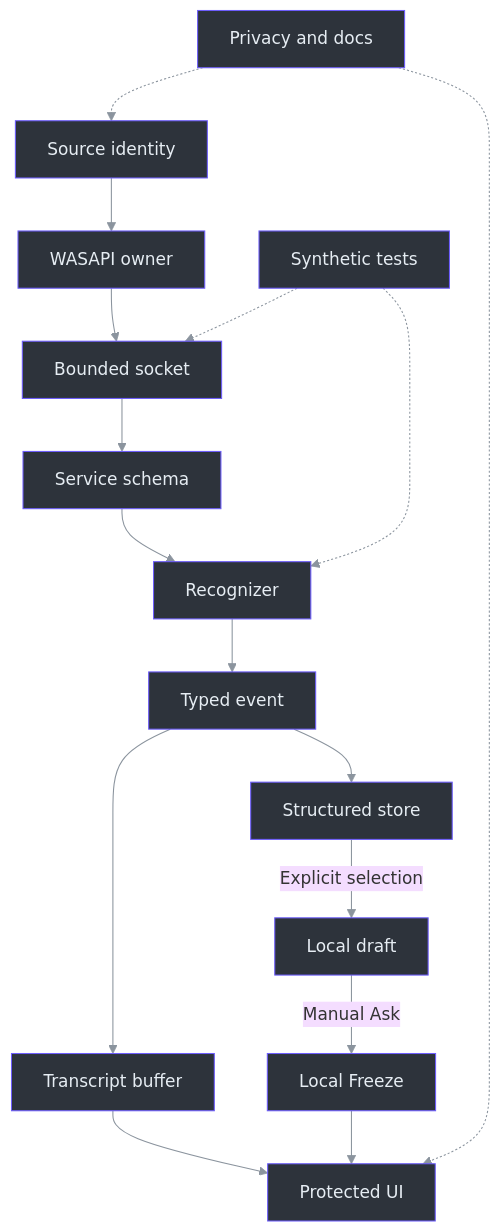
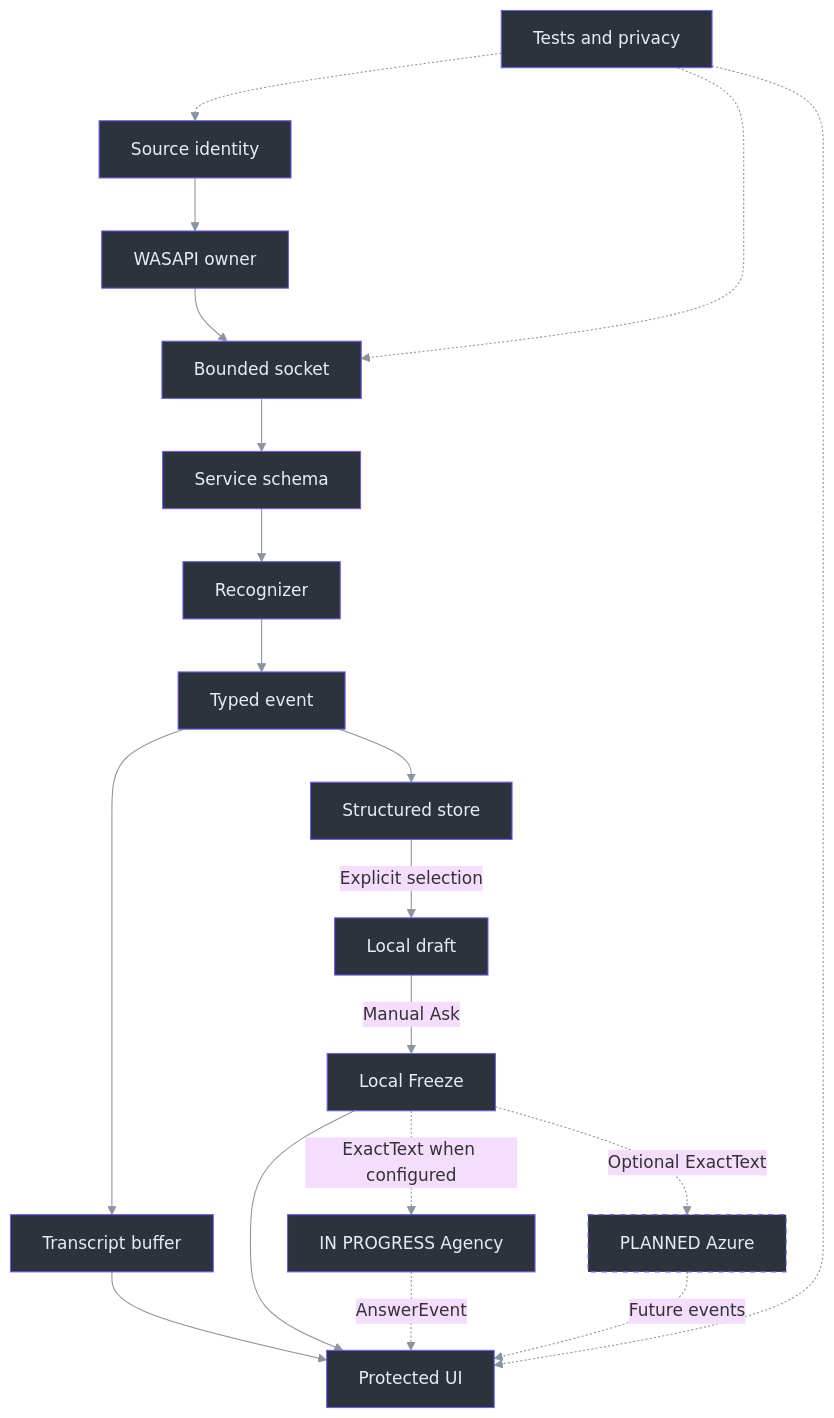
The first of 2 diagrams in docs/handbook/18-extending-the-system.md (Zanark/phantom-fudge), drawn with Mermaid before and after one commit. The commit also changed other lines of this file and 116 other files, not shown here.

Commit message:
making interaction with local LLM models possible via Agency

````diff
--- a/docs/handbook/18-extending-the-system.md
+++ b/docs/handbook/18-extending-the-system.md
@@ -21,41 +25,45 @@
 ```mermaid
 ---
 config:
   theme: base
   themeVariables:
     lineColor: "#8b949e"
     textColor: "#e6edf3"
 ---
 flowchart TB
-    accTitle: Existing extension surfaces along the audio path
-    accDescr: Typed events feed both display text and structured local questions. Explicit selection and Ask lead to a local snapshot, while tests and privacy review span every extension surface.
+    accTitle: Existing audio seams, IN PROGRESS Agency-first provider and PLANNED Azure
+    accDescr: Typed events feed display and structured questions. ExactText alone enters the requested Agency-first adapter, still under validation, or optional future Azure. SnapshotOnly currently sends nothing; local installation does not prove offline inference.
     Source["Source identity"] --> Capture["WASAPI owner"]
     Capture --> Socket["Bounded socket"]
     Socket --> Service["Service schema"]
     Service --> Decoder["Recognizer"]
     Decoder --> Event["Typed event"]
     Event --> Buffer["Transcript buffer"]
     Buffer --> UI["Protected UI"]
     Event --> Store["Structured store"]
     Store -->|Explicit selection| Draft["Local draft"]
     Draft -->|Manual Ask| Frozen["Local Freeze"]
     Frozen --> UI
-    Tests["Synthetic tests"] -.-> Socket
-    Tests -.-> Decoder
-    Policy["Privacy and docs"] -.-> Source
+    Frozen -. ExactText when configured .-> CLI["IN PROGRESS Agency"]
+    CLI -. AnswerEvent .-> UI
+    Frozen -. Optional ExactText .-> Azure["PLANNED Azure"]
+    Azure -. Future events .-> UI
+    Policy["Tests and privacy"] -.-> Socket
+    Policy -.-> Source
     Policy -.-> UI
     style Source fill:#2d333b,stroke:#6d5dfc,color:#e6edf3
     style Capture fill:#2d333b,stroke:#6d5dfc,color:#e6edf3
     style Socket fill:#2d333b,stroke:#6d5dfc,color:#e6edf3
     style Service fill:#2d333b,stroke:#6d5dfc,color:#e6edf3
     style Decoder fill:#2d333b,stroke:#6d5dfc,color:#e6edf3
     style Event fill:#2d333b,stroke:#6d5dfc,color:#e6edf3
     style Buffer fill:#2d333b,stroke:#6d5dfc,color:#e6edf3
     style Store fill:#2d333b,stroke:#6d5dfc,color:#e6edf3
     style Draft fill:#2d333b,stroke:#6d5dfc,color:#e6edf3
     style Frozen fill:#2d333b,stroke:#6d5dfc,color:#e6edf3
     style UI fill:#2d333b,stroke:#6d5dfc,color:#e6edf3
-    style Tests fill:#2d333b,stroke:#6d5dfc,color:#e6edf3
+    style CLI fill:#2d333b,stroke:#6d5dfc,color:#e6edf3
+    style Azure fill:#2d333b,stroke:#6d5dfc,color:#e6edf3,stroke-dasharray:5 5
     style Policy fill:#2d333b,stroke:#6d5dfc,color:#e6edf3
     linkStyle default stroke:#8b949e
 ```
````
